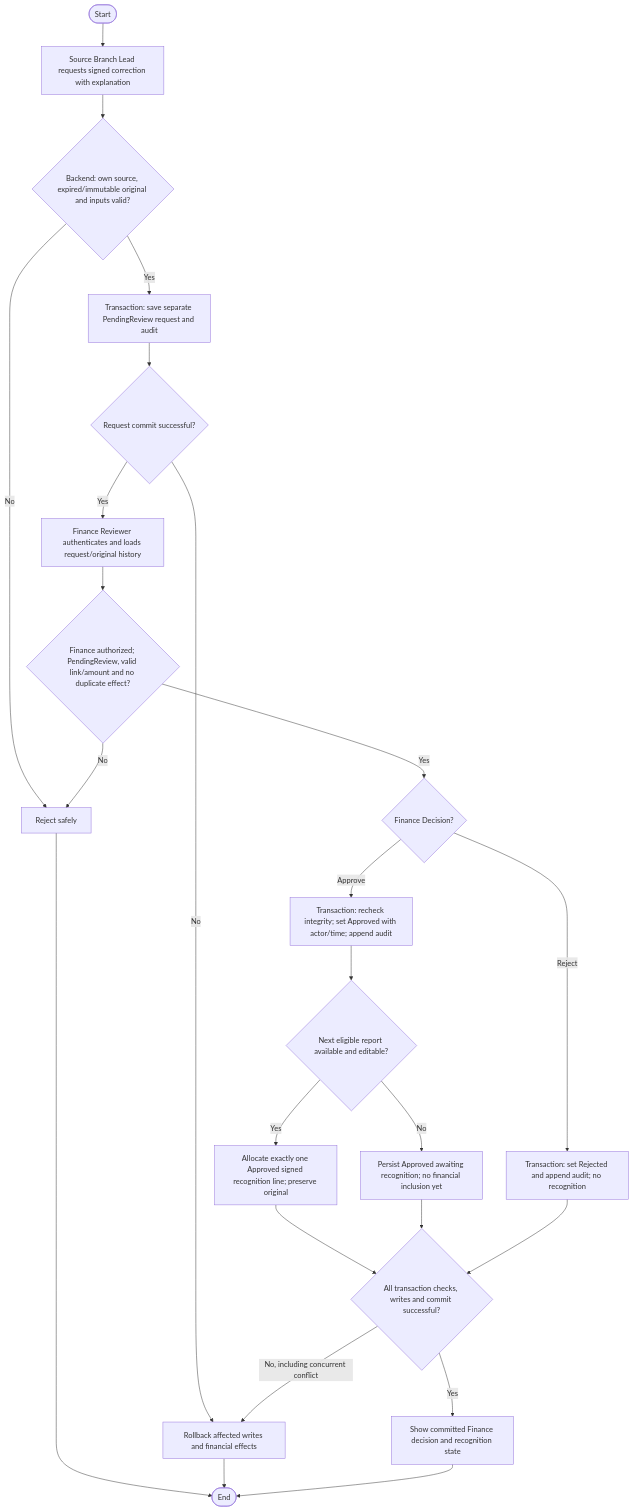
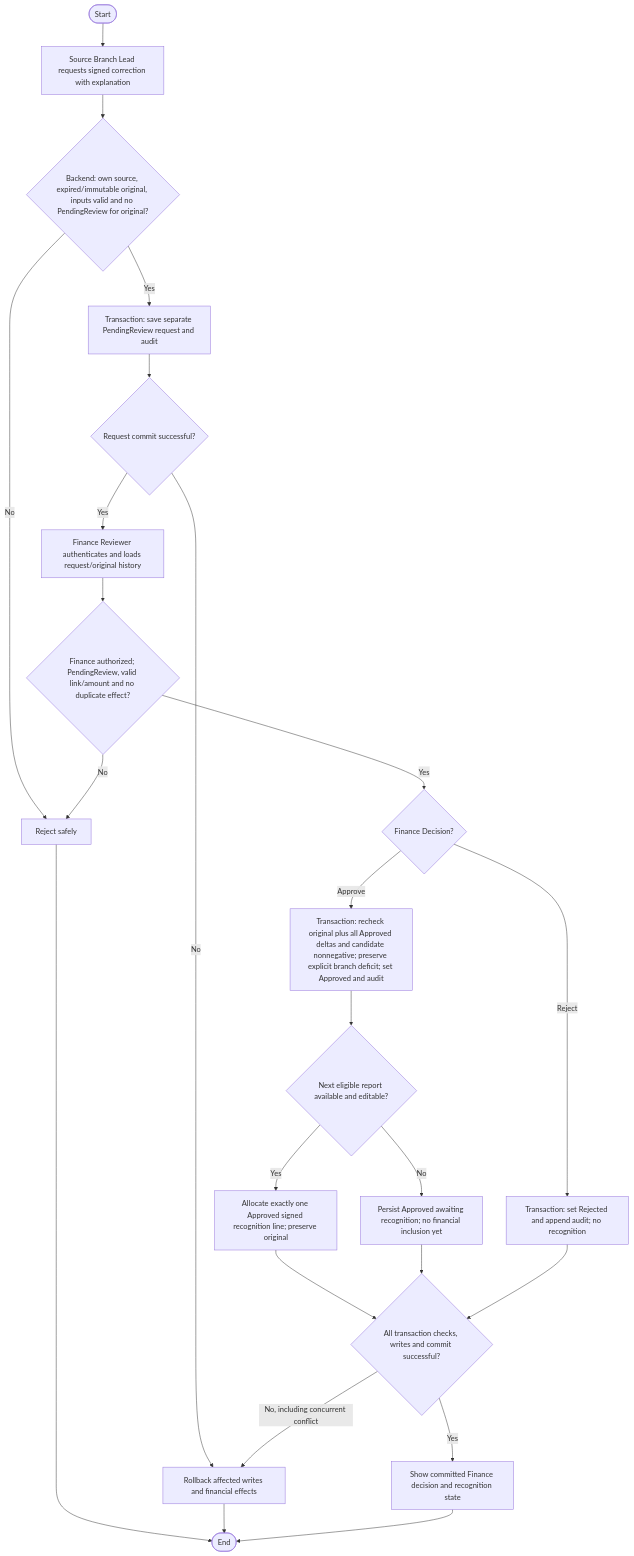
The diagram in docs/flows/finance-reviewer/review-financial-adjustments.md (ShahzamanNaveed/HopeBridge), drawn with Mermaid before and after one commit. The commit also changed other lines of this file and 54 other files, not shown here.

Commit message:
add final project architecture

````diff
--- a/docs/flows/finance-reviewer/review-financial-adjustments.md
+++ b/docs/flows/finance-reviewer/review-financial-adjustments.md
@@ -56,26 +70,26 @@
 ```mermaid
 flowchart TD
     A([Start]) --> B["Source Branch Lead requests signed correction with explanation"]
-    B --> C{"Backend: own source, expired/immutable original and inputs valid?"}
+    B --> C{"Backend: own source, expired/immutable original, inputs valid and no PendingReview for original?"}
     C -->|No| X["Reject safely"]
     C -->|Yes| D["Transaction: save separate PendingReview request and audit"]
     D --> E{"Request commit successful?"}
     E -->|No| R["Rollback affected writes and financial effects"]
     E -->|Yes| F["Finance Reviewer authenticates and loads request/original history"]
     F --> G{"Finance authorized; PendingReview, valid link/amount and no duplicate effect?"}
     G -->|No| X
     G -->|Yes| H{"Finance Decision?"}
-    H -->|Approve| I["Transaction: recheck integrity; set Approved with actor/time; append audit"]
+    H -->|Approve| I["Transaction: recheck original plus all Approved deltas and candidate nonnegative; preserve explicit branch deficit; set Approved and audit"]
     I --> J{"Next eligible report available and editable?"}
     J -->|Yes| K["Allocate exactly one Approved signed recognition line; preserve original"]
     J -->|No| L["Persist Approved awaiting recognition; no financial inclusion yet"]
     H -->|Reject| M["Transaction: set Rejected and append audit; no recognition"]
     K --> N{"All transaction checks, writes and commit successful?"}
     L --> N
     M --> N
     N -->|No, including concurrent conflict| R
     N -->|Yes| O["Show committed Finance decision and recognition state"]
     X --> Z([End])
     R --> Z
     O --> Z
 ```
````
